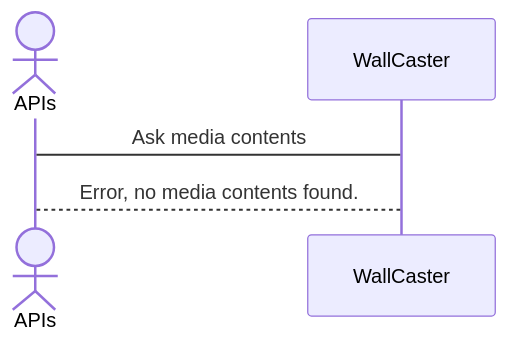
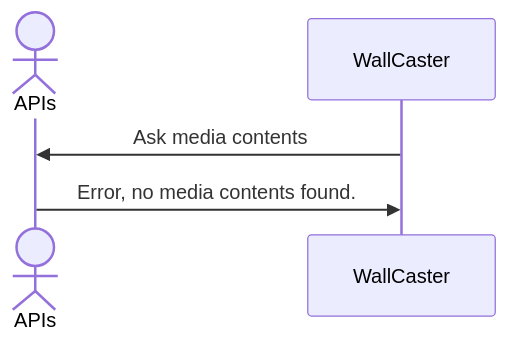
Before and after one commit to WallCaster/WallCaster: the eighth of 16 diagrams in doc/analisis-report.md, drawn with Mermaid. The commit also changed other lines of this file, not shown here.

Commit message:
update diagrames séquence

````diff
--- a/doc/analisis-report.md
+++ b/doc/analisis-report.md
@@ -160,8 +160,8 @@
 ```mermaid
 sequenceDiagram
   actor APIs
   participant Sys as WallCaster
 
-Sys -> APIs : Ask media contents
-APIs --> Sys : Error, no media contents found.
+Sys ->> APIs : Ask media contents
+APIs ->> Sys : Error, no media contents found.
 ```
````
